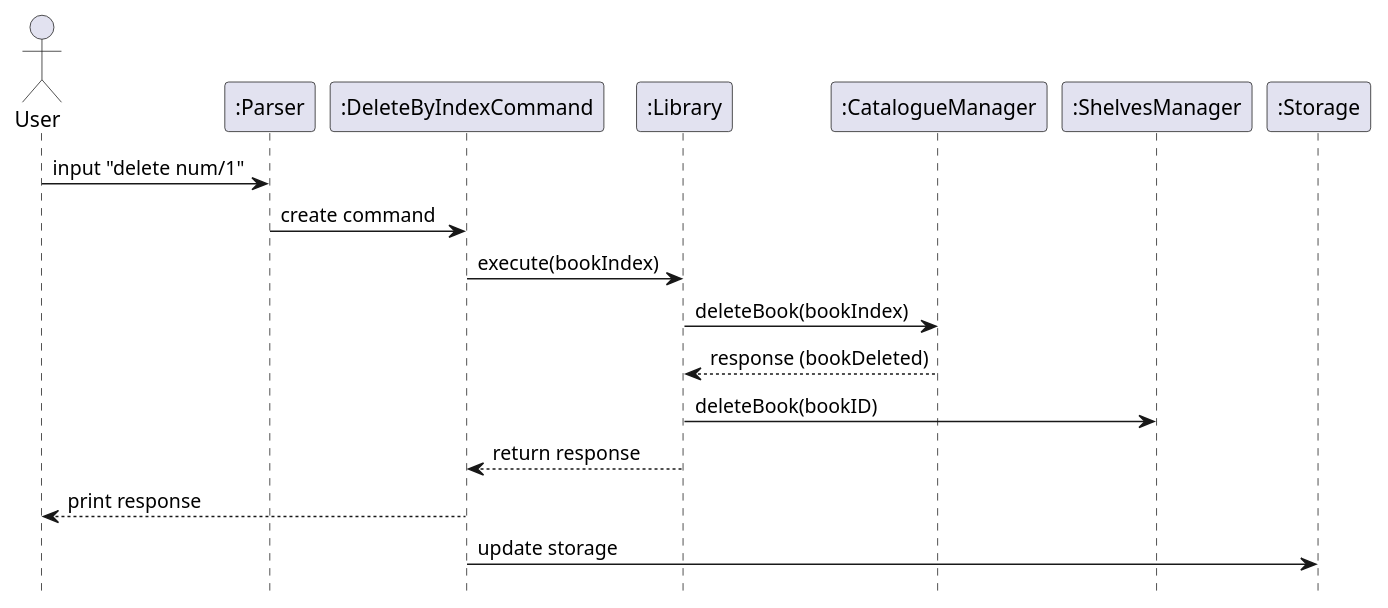
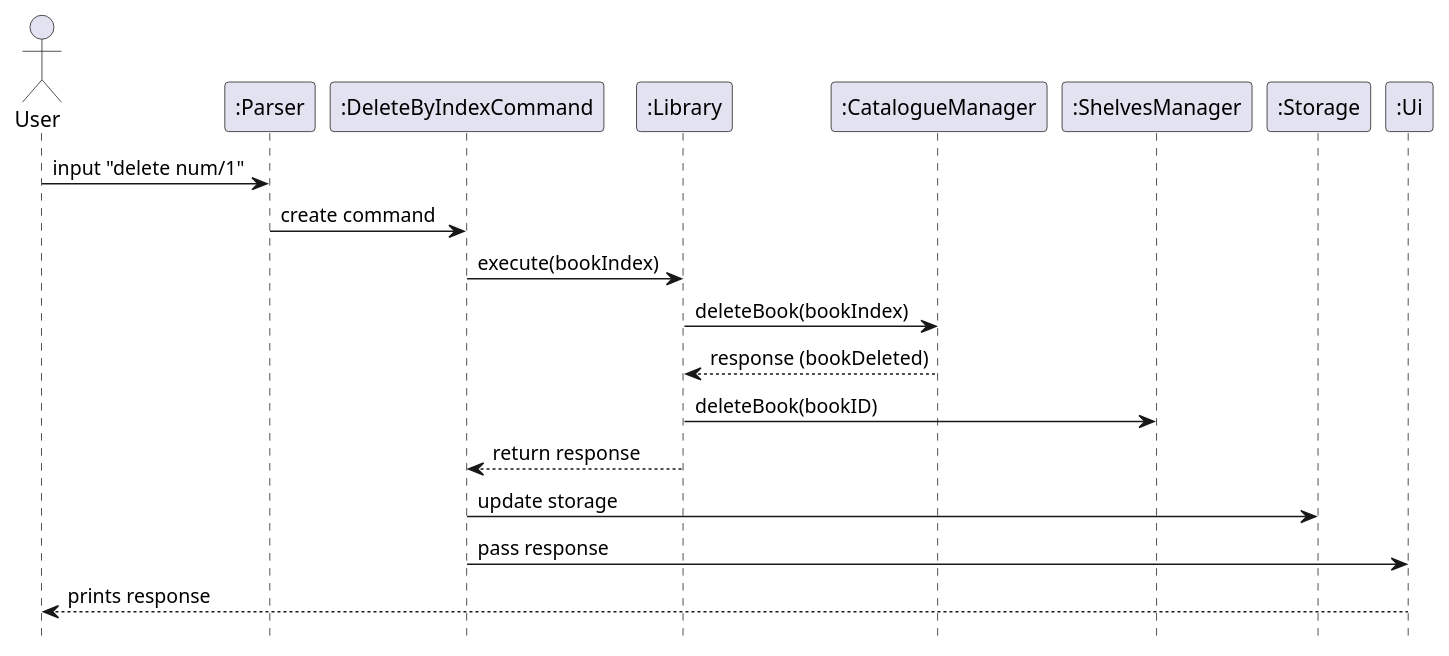
One commit to eth4n22/tp changed the diagram in docs/diagrams/DeleteByIndexSeqeuence.puml. Above: the diagram before and after it, drawn with PlantUML. The commit also changed 2 other files, not shown here.

Commit message:
fixed DeleteByIndexSequence Diagram

```diff
--- a/docs/diagrams/DeleteByIndexSeqeuence.puml
+++ b/docs/diagrams/DeleteByIndexSeqeuence.puml
@@ -1,21 +1,23 @@
 @startuml
 hide footbox
 actor User
 participant ":Parser"
 participant ":DeleteByIndexCommand"
 participant ":Library"
 participant ":CatalogueManager"
 participant ":ShelvesManager"
 participant ":Storage"
+participant ":Ui"
 
 User -> ":Parser" : input "delete num/1"
 ":Parser" -> ":DeleteByIndexCommand" : create command
 ":DeleteByIndexCommand" -> ":Library" : execute(bookIndex)
 ":Library" -> ":CatalogueManager" : deleteBook(bookIndex)
 ":CatalogueManager" --> ":Library" : response (bookDeleted)
 ":Library" -> ":ShelvesManager" : deleteBook(bookID)
 ":Library" --> ":DeleteByIndexCommand" : return response
-":DeleteByIndexCommand" --> User : print response
 ":DeleteByIndexCommand" -> ":Storage" : update storage
+":DeleteByIndexCommand" -> ":Ui": pass response
+":Ui" --> User: prints response
 
 @enduml
```
